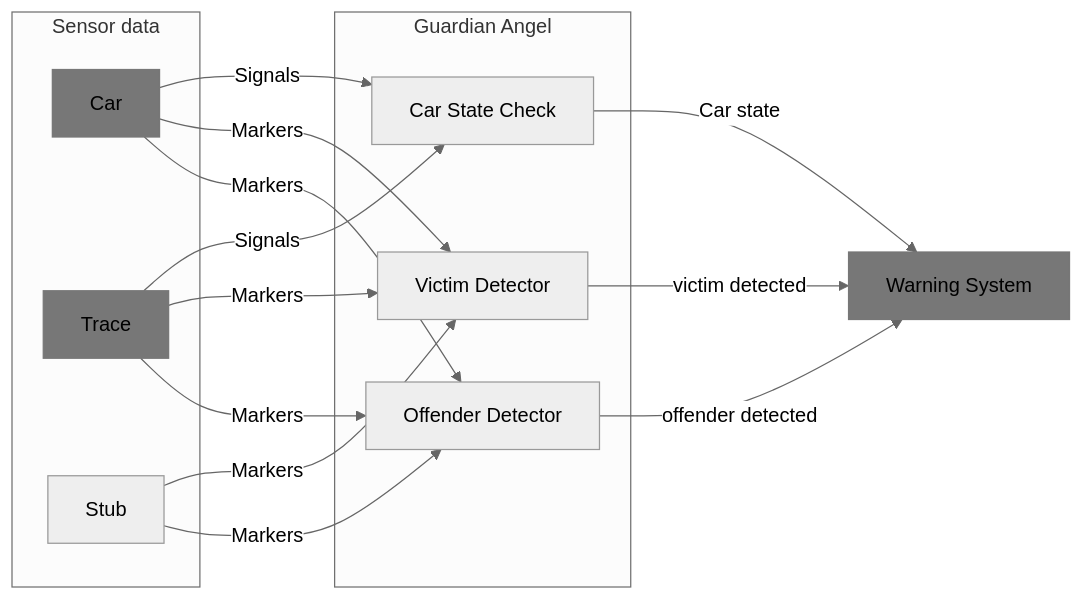
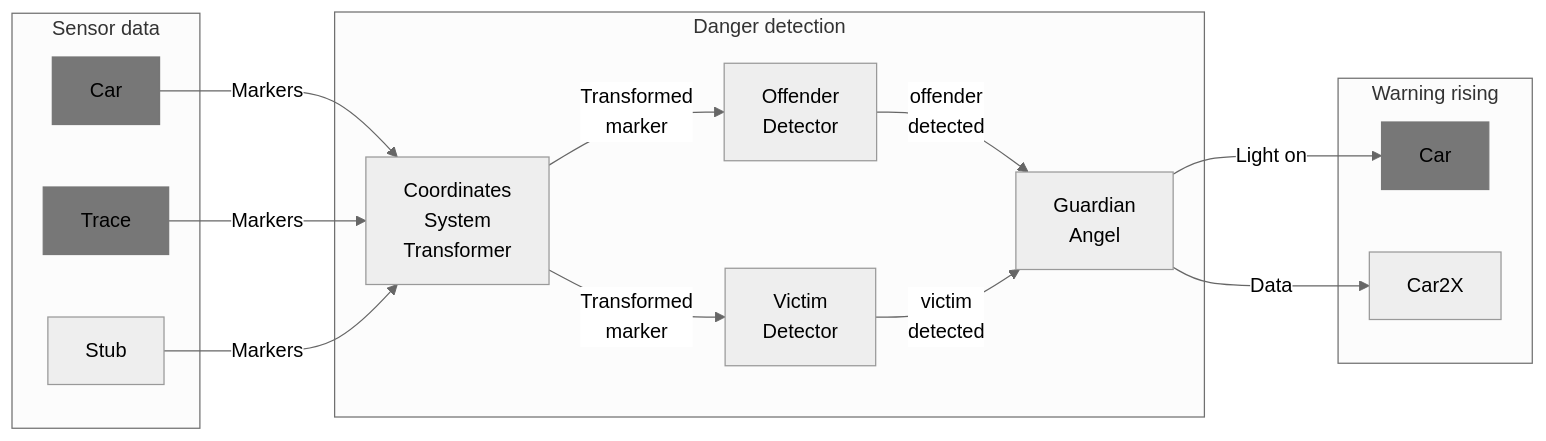
One commit to Eclipse-SDV-Hackathon-Accenture/HackTheCar_CaffeeDriver changed the second of 4 diagrams in Readme.md. Above: the diagram before and after it, drawn with Mermaid (neutral theme). The commit also changed other lines of this file, not shown here.

Commit message:
New readme.md version

````diff
--- a/Readme.md
+++ b/Readme.md
@@ -68,18 +68,43 @@
 ```mermaid
     flowchart LR
         classDef given stroke:#777, fill:#777
-        subgraph Sensor data 
+
+  subgraph Sensor data 
             Car:::given
             Trace:::given
             Stub
         end
-        subgraph Guardian Angel 
-            offender[Offender Detector]
-            victim[Victim Detector]
-            state[Car State Check]
+
+subgraph Danger detection
+transformer[Coordinates
+            System
+Transformer]
+offender[Offender
+Detector]
+victim[Victim
+Detector]
+angel[Guardian
+Angel]
         end
-        Car & Trace & Stub --Markers--> offender & victim
-        offender -- offender detected--> warning[Warning System]:::given
-        victim -- victim detected--> warning
-        Car & Trace --Signals--> state --Car state --> warning
+
+subgraph Warning rising
+car_out[Car]:::given
+Car2X
+end
+
+Car & Trace & Stub --Markers --> transformer
+
+transformer -- Transformed
+marker--> offender & victim
+
+offender -- offender
+detected --> angel
+
+victim -- victim
+detected--> angel
+
+angel -- Light on --> car_out
+
+angel -- Data --> Car2X
+
 ```
````
